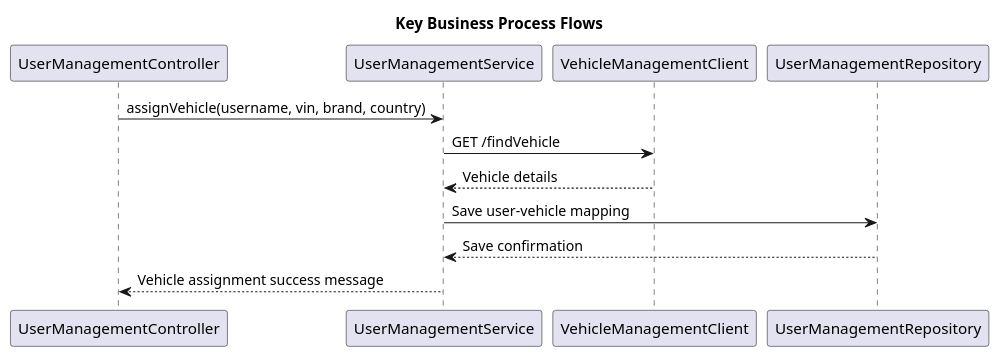
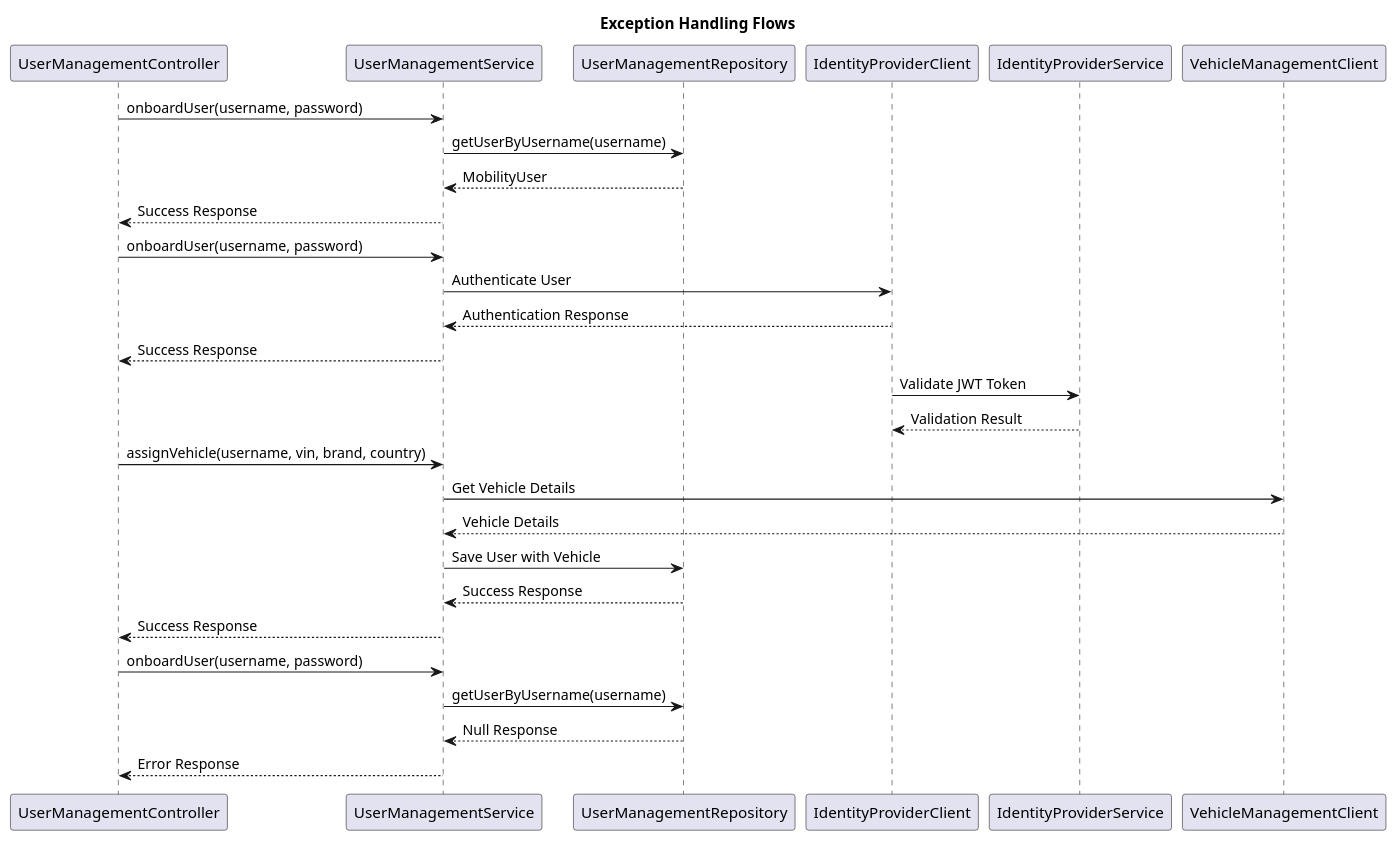
One commit to Dinesh-s95/AutoDoc.ai changed the first of 2 diagrams in usermanagement/documentation/detaileddesign.adoc. Above: the diagram before and after it, drawn with PlantUML. The commit also changed other lines of this file and 16 other files, not shown here.

```diff
--- a/usermanagement/documentation/detaileddesign.adoc
+++ b/usermanagement/documentation/detaileddesign.adoc
@@ -99,11 +55,32 @@
 [plantuml, runtime-view]
 ----
+title User Registration Flow
+UserManagementController -> UserManagementService: onboardUser(username, password)
+UserManagementService -> UserManagementRepository: getUserByUsername(username)
+UserManagementRepository --> UserManagementService: MobilityUser
+UserManagementService --> UserManagementController: Success Response
+
+title Authentication/Login Flow
+UserManagementController -> UserManagementService: onboardUser(username, password)
+UserManagementService -> IdentityProviderClient: Authenticate User
+IdentityProviderClient --> UserManagementService: Authentication Response
+UserManagementService --> UserManagementController: Success Response
+
+title JWT Token Validation Flow
+IdentityProviderClient -> IdentityProviderService: Validate JWT Token
+IdentityProviderService --> IdentityProviderClient: Validation Result
+
 title Key Business Process Flows
+UserManagementController -> UserManagementService: assignVehicle(username, vin, brand, country)
+UserManagementService -> VehicleManagementClient: Get Vehicle Details
+VehicleManagementClient --> UserManagementService: Vehicle Details
+UserManagementService -> UserManagementRepository: Save User with Vehicle
+UserManagementRepository --> UserManagementService: Success Response
+UserManagementService --> UserManagementController: Success Response
 
-UserManagementController -> UserManagementService: assignVehicle(username, vin, brand, country)
-UserManagementService -> VehicleManagementClient: GET /findVehicle
-VehicleManagementClient --> UserManagementService: Vehicle details
-UserManagementService -> UserManagementRepository: Save user-vehicle mapping
-UserManagementRepository --> UserManagementService: Save confirmation
-UserManagementService --> UserManagementController: Vehicle assignment success message
+title Exception Handling Flows
+UserManagementController -> UserManagementService: onboardUser(username, password)
+UserManagementService -> UserManagementRepository: getUserByUsername(username)
+UserManagementRepository --> UserManagementService: Null Response
+UserManagementService --> UserManagementController: Error Response
 ----
```
